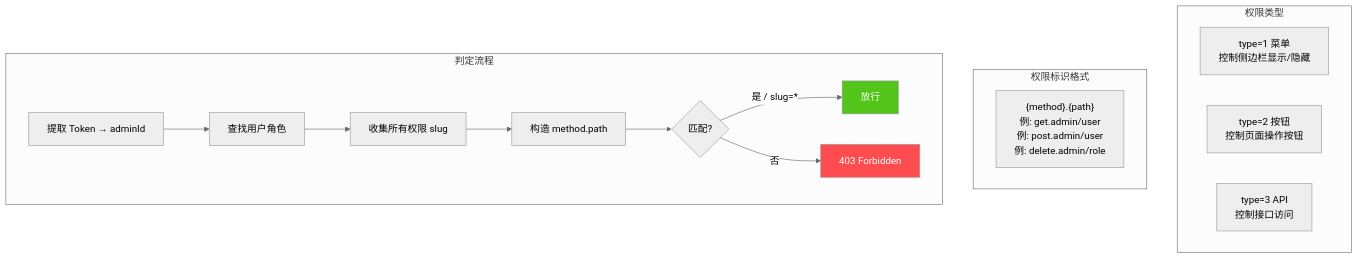
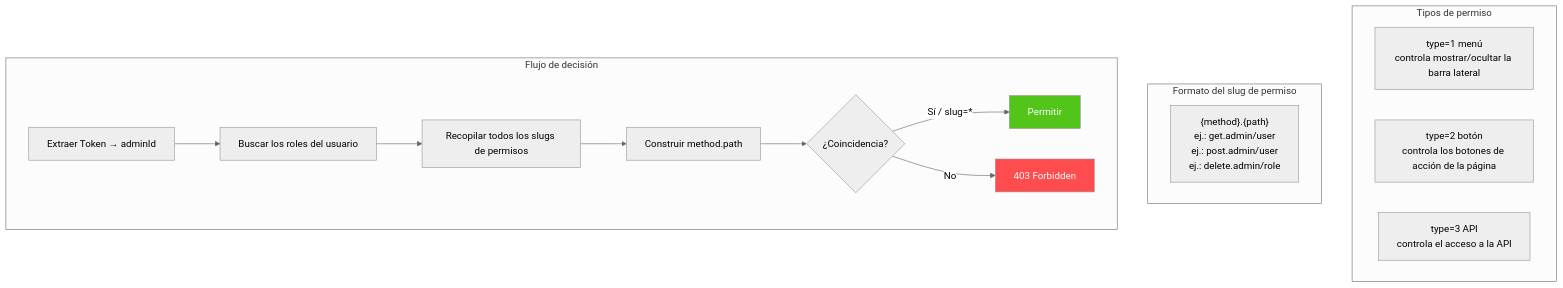
One commit to erikwang2013/game-platform-php changed the sixth of 14 diagrams in admin/docs/ARCHITECTURE.es.md. Above: the diagram before and after it, drawn with Mermaid (neutral theme). The commit also changed other lines of this file and 211 other files, not shown here.

First line of the commit message:
fix: 支付配置读回类型根治、提现事件对账巡检，12 语族 mermaid 与 API 标签本地化

````diff
--- a/admin/docs/ARCHITECTURE.es.md
+++ b/admin/docs/ARCHITECTURE.es.md
@@ -322,32 +322,32 @@
 ```mermaid
 flowchart TD
-    subgraph "权限类型"
-        T1["type=1 菜单<br/>控制侧边栏显示/隐藏"]
-        T2["type=2 按钮<br/>控制页面操作按钮"]
-        T3["type=3 API<br/>控制接口访问"]
+    subgraph "Tipos de permiso"
+        T1["type=1 menú<br/>controla mostrar/ocultar la barra lateral"]
+        T2["type=2 botón<br/>controla los botones de acción de la página"]
+        T3["type=3 API<br/>controla el acceso a la API"]
     end
 
-    subgraph "权限标识格式"
-        F1["{method}.{path}<br/>例: get.admin/user<br/>例: post.admin/user<br/>例: delete.admin/role"]
+    subgraph "Formato del slug de permiso"
+        F1["{method}.{path}<br/>ej.: get.admin/user<br/>ej.: post.admin/user<br/>ej.: delete.admin/role"]
     end
 
-    subgraph "判定流程"
-        J1["提取 Token → adminId"]
-        J2["查找用户角色"]
-        J3["收集所有权限 slug"]
-        J4["构造 method.path"]
-        J5{"匹配?"}
-        J6["放行"]
+    subgraph "Flujo de decisión"
+        J1["Extraer Token → adminId"]
+        J2["Buscar los roles del usuario"]
+        J3["Recopilar todos los slugs de permisos"]
+        J4["Construir method.path"]
+        J5{"¿Coincidencia?"}
+        J6["Permitir"]
         J7["403 Forbidden"]
 
         J1 --> J2
         J2 --> J3
         J3 --> J4
         J4 --> J5
-        J5 -->|"是 / slug=*"| J6
-        J5 -->|否| J7
+        J5 -->|"Sí / slug=*"| J6
+        J5 -->|No| J7
     end
 
     style J6 fill:#52C41A,color:#fff
     style J7 fill:#FF4D4F,color:#fff
 ```
````
